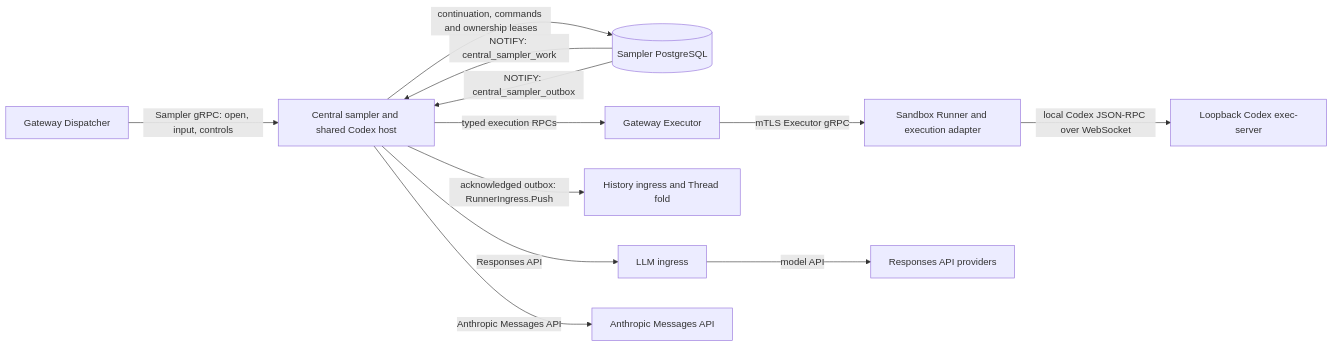
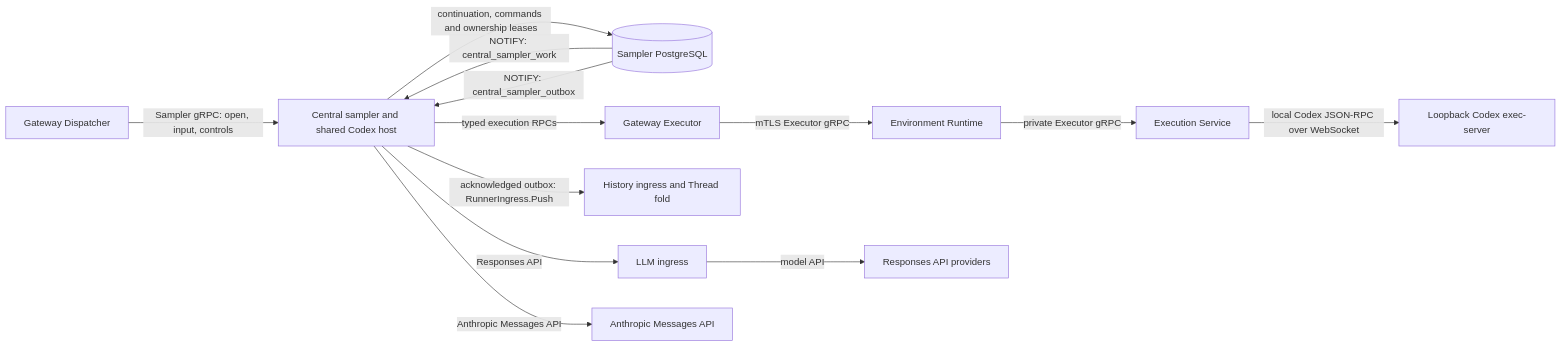
The second of 9 diagrams in agentplane/docs/system_overview.md (agentydragon/ducktape), drawn with Mermaid before and after one commit. The commit also changed other lines of this file and 203 other files, not shown here.

````diff
--- a/agentplane/docs/system_overview.md
+++ b/agentplane/docs/system_overview.md
@@ -35,23 +35,25 @@
 ```mermaid
 flowchart LR
     dispatcher[Gateway Dispatcher]
     sampler[Central sampler and shared Codex host]
     db[(Sampler PostgreSQL)]
     gateway[Gateway Executor]
-    runner[Sandbox Runner and execution adapter]
+    runtime[Environment Runtime]
+    execution[Execution Service]
     executor[Loopback Codex exec-server]
     history[History ingress and Thread fold]
     llm[LLM ingress]
     responses[Responses API providers]
     anthropic[Anthropic Messages API]
     dispatcher -->|Sampler gRPC: open, input, controls| sampler
     sampler -->|continuation, commands and ownership leases| db
     db -->|NOTIFY: central_sampler_work| sampler
     db -->|NOTIFY: central_sampler_outbox| sampler
     sampler -->|typed execution RPCs| gateway
-    gateway -->|mTLS Executor gRPC| runner
-    runner -->|local Codex JSON-RPC over WebSocket| executor
+    gateway -->|mTLS Executor gRPC| runtime
+    runtime -->|private Executor gRPC| execution
+    execution -->|local Codex JSON-RPC over WebSocket| executor
     sampler -->|acknowledged outbox: RunnerIngress.Push| history
     sampler -->|Responses API| llm -->|model API| responses
     sampler -->|Anthropic Messages API| anthropic
 ```
````
